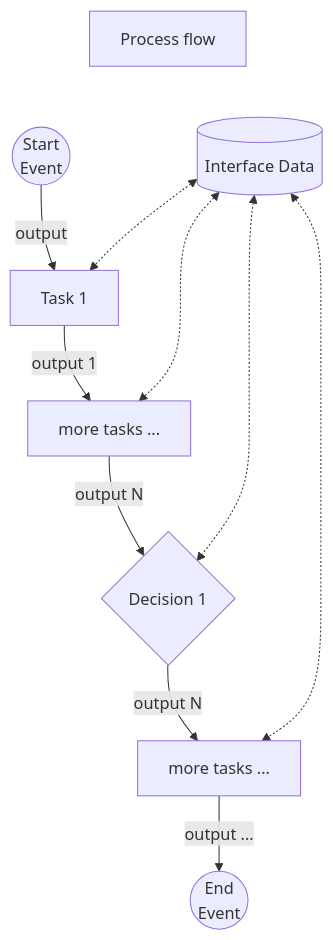
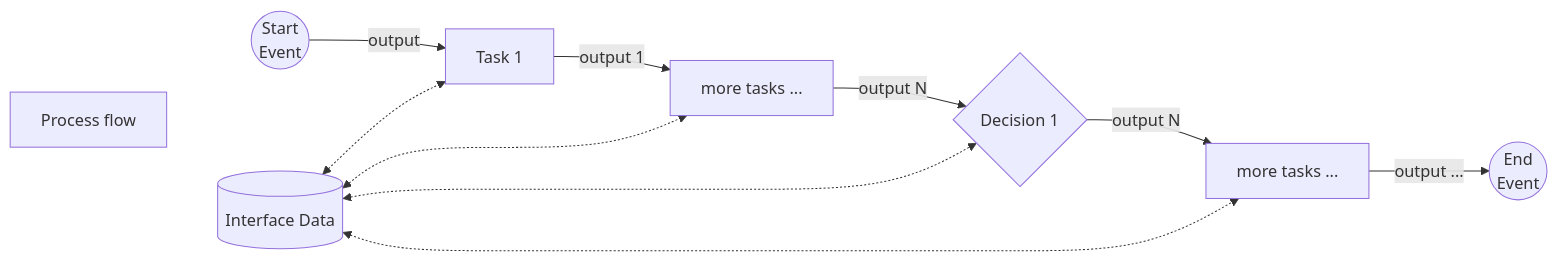
Before and after one commit to Paulo-Reis-Rosa/test-git-commands: the fifth of 5 diagrams in README.md, drawn with Mermaid. The commit also changed other lines of this file, not shown here.

````diff
--- a/README.md
+++ b/README.md
@@ -190,16 +190,15 @@
 ```mermaid
-	graph TD
-		%% subgraph1  ;
-			pf[Process flow] ~~~ se & i1;
-			se((Start<br>Event))-->|output|t1[Task 1];
-			t1-->|output 1|t2[more tasks ...];
-			t2-->|output N|d1{Decision 1};
-			d1-->|output N|t3[more tasks ...];
-			t3-->|output ...|ed((End<br>Event));
-			i1[(Interface Data)]
-		%% end
+	graph LR;
+		pf[Process flow] ~~~ se & i1;
+		se((Start<br>Event))-->|output|t1[Task 1];
+		t1-->|output 1|t2[more tasks ...];
+		t2-->|output N|d1{Decision 1};
+		d1-->|output N|t3[more tasks ...];
+		t3-->|output ...|ed((End<br>Event));
+		i1[(Interface Data)]
+
 		i1<-.->t1;
 		i1<-.->t2;
 		i1<-.->t3;
 		i1<-.->d1;
 ```
````
